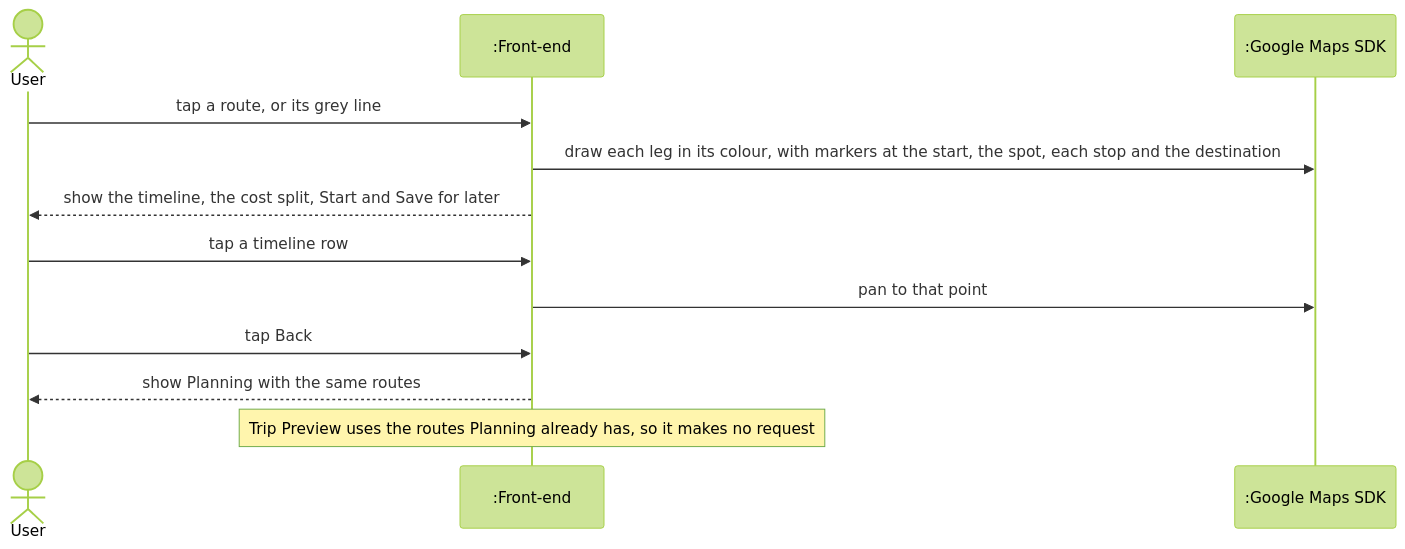
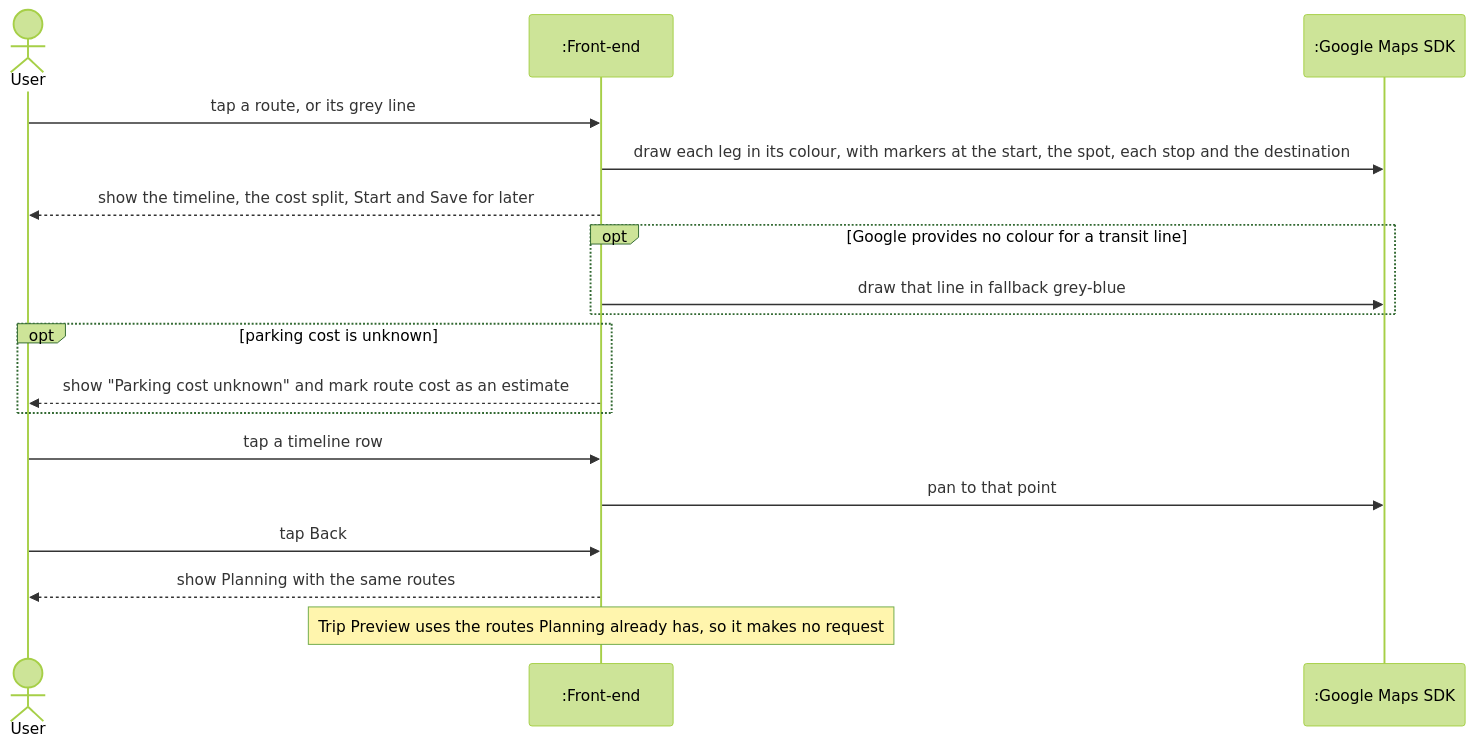
The third of 6 diagrams in documentation/Requirements_and_Design.md (adamdeleeuw/trailmix), drawn with Mermaid (forest theme) before and after one commit. The commit also changed other lines of this file, not shown here.

Commit message:
updated sequence diagram to include more failure cases

````diff
--- a/documentation/Requirements_and_Design.md
+++ b/documentation/Requirements_and_Design.md
@@ -547,15 +551,21 @@
 ```mermaid
 sequenceDiagram
     actor User
     participant App as :Front-end
     participant Maps as :Google Maps SDK
 
     User->>App: tap a route, or its grey line
     App->>Maps: draw each leg in its colour, with markers at the start, the spot, each stop and the destination
     App-->>User: show the timeline, the cost split, Start and Save for later
+    opt Google provides no colour for a transit line
+        App->>Maps: draw that line in fallback grey-blue
+    end
+    opt parking cost is unknown
+        App-->>User: show "Parking cost unknown" and mark route cost as an estimate
+    end
     User->>App: tap a timeline row
     App->>Maps: pan to that point
     User->>App: tap Back
     App-->>User: show Planning with the same routes
     Note over App: Trip Preview uses the routes Planning already has, so it makes no request
 ```
````
